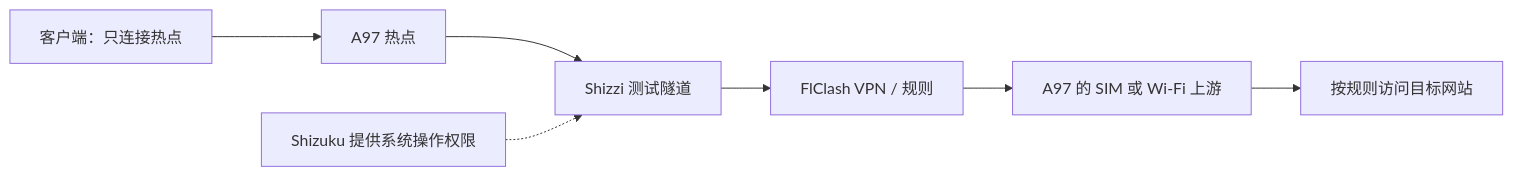
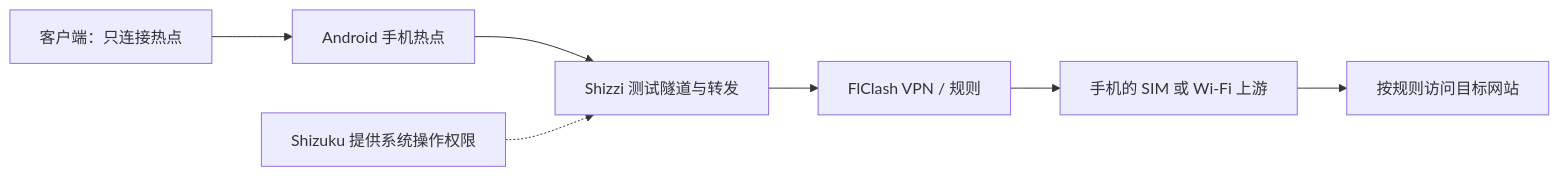
The diagram in README.md (tukitohosi/Android-software-router), drawn with Mermaid before and after one commit. The commit also changed other lines of this file and 15 other files, not shown here.

````diff
--- a/README.md
+++ b/README.md
@@ -25,9 +17,9 @@
 ```mermaid
 flowchart LR
-  client[客户端：只连接热点] --> hotspot[A97 热点]
-  hotspot --> bridge[Shizzi 测试隧道]
+  client[客户端：只连接热点] --> hotspot[Android 手机热点]
+  hotspot --> bridge[Shizzi 测试隧道与转发]
   bridge --> vpn[FlClash VPN / 规则]
-  vpn --> uplink[A97 的 SIM 或 Wi-Fi 上游]
+  vpn --> uplink[手机的 SIM 或 Wi-Fi 上游]
   uplink --> target[按规则访问目标网站]
   shizuku[Shizuku 提供系统操作权限] -.-> bridge
 ```
````
